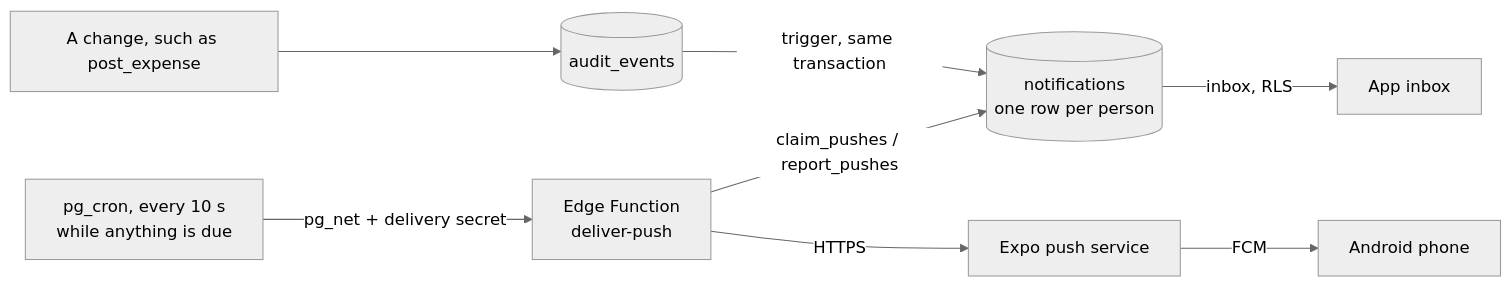
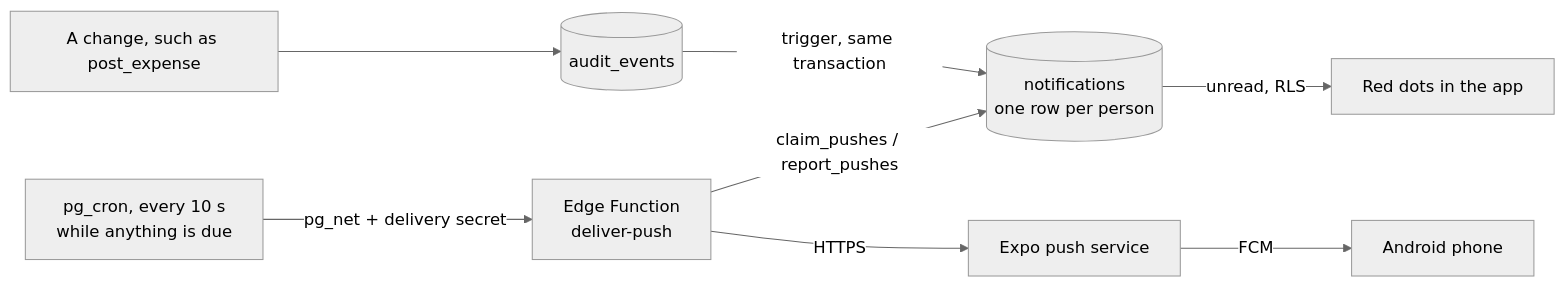
One commit to MAnasLatif/FlatMate changed the diagram in docs/NOTIFICATIONS.md. Above: the diagram before and after it, drawn with Mermaid (neutral theme). The commit also changed other lines of this file and 7 other files, not shown here.

First line of the commit message:
docs: record replacing the notification inbox with unread dots

````diff
--- a/docs/NOTIFICATIONS.md
+++ b/docs/NOTIFICATIONS.md
@@ -7,10 +7,10 @@
 ```mermaid
 flowchart LR
   RPC["A change, such as post_expense"] --> AUDIT[("audit_events")]
   AUDIT -->|trigger, same transaction| NOTIF[("notifications<br/>one row per person")]
-  NOTIF -->|inbox, RLS| APP["App inbox"]
+  NOTIF -->|unread, RLS| APP["Red dots in the app"]
   CRON["pg_cron, every 10 s<br/>while anything is due"] -->|pg_net + delivery secret| FN["Edge Function<br/>deliver-push"]
   FN -->|claim_pushes / report_pushes| NOTIF
   FN -->|HTTPS| EXPO["Expo push service"]
   EXPO -->|FCM| PHONE["Android phone"]
 ```
````
